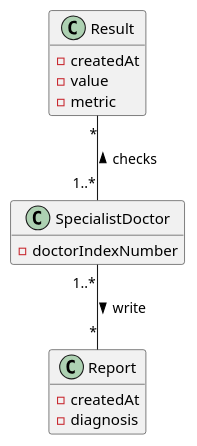
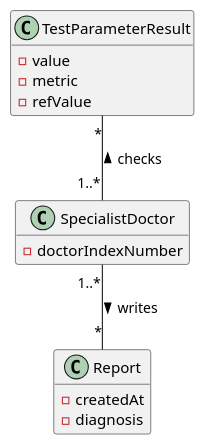
Before and after one commit to GuilhermeCunha79/lapr2: the diagram in docs/SprintC/US14/US14_MD.puml, drawn with PlantUML. The commit also changed 22 other files, not shown here.

Commit message:
[JavaDoc] Added more javadoc [ESOFT] Small updates to the domain model and glossary [US14] Small improvements to the US14 diagrams

```diff
--- a/docs/SprintC/US14/US14_MD.puml
+++ b/docs/SprintC/US14/US14_MD.puml
@@ -1,24 +1,24 @@
 @startuml
 
 hide methods
 
 class SpecialistDoctor {
     - doctorIndexNumber
 }
 
 class Report {
     -createdAt
     -diagnosis
 }
 
-class Result {
-    -createdAt
+class TestParameterResult {
     -value
     -metric
+    -refValue
 }
 
-SpecialistDoctor"1..*" -- "*"Report : "> write"
-SpecialistDoctor"1..*" -up- "*"Result : "> checks"
+SpecialistDoctor"1..*" -- "*"Report : "> writes"
+SpecialistDoctor"1..*" -up- "*"TestParameterResult : "> checks"
 
 
 @enduml
```
